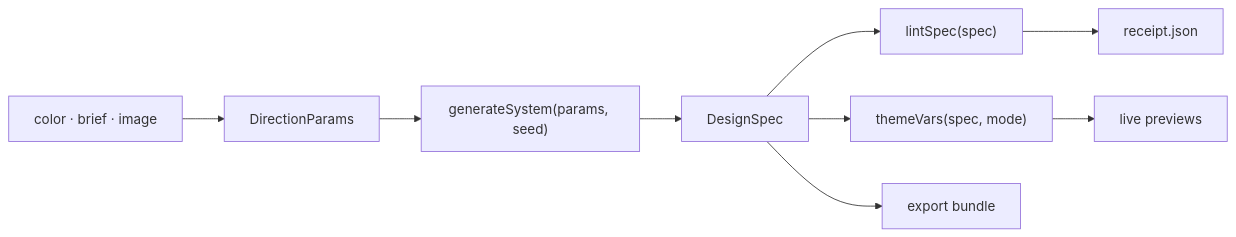
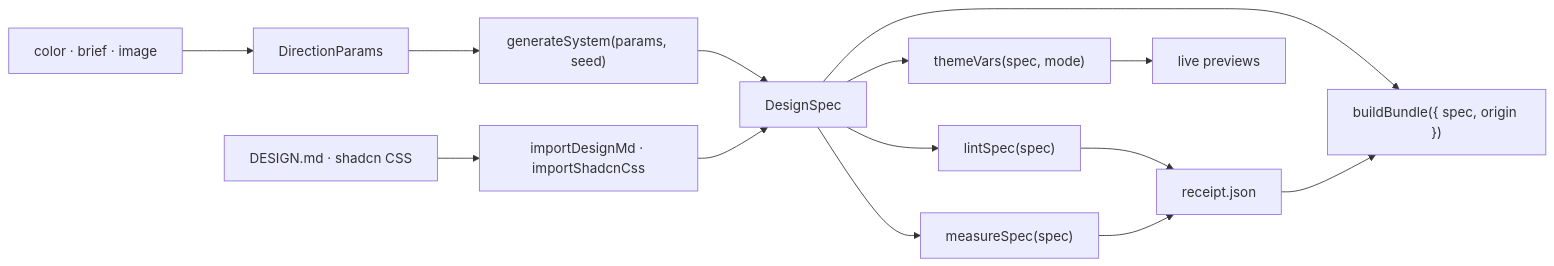
The diagram in README.md (Abdul-Muizz1310/dyelot), drawn with Mermaid before and after one commit. The commit also changed other lines of this file and 2 other files, not shown here.

Commit message:
docs: state M3 as done and fold the rulings into its spec

````diff
--- a/README.md
+++ b/README.md
@@ -87,11 +118,16 @@
 ```mermaid
 flowchart LR
     Input["color · brief · image"] --> Params[DirectionParams]
     Params --> Engine["generateSystem(params, seed)"]
     Engine --> Spec[DesignSpec]
     Spec --> Lint["lintSpec(spec)"]
+    Spec --> Measure["measureSpec(spec)"]
     Lint --> Receipt[receipt.json]
+    Measure --> Receipt
     Spec --> Bridge["themeVars(spec, mode)"]
     Bridge --> Preview[live previews]
-    Spec --> Export[export bundle]
+    Spec --> Export["buildBundle({ spec, origin })"]
+    Receipt --> Export
+    Import["DESIGN.md · shadcn CSS"] --> Importers["importDesignMd · importShadcnCss"]
+    Importers --> Spec
 ```
````
